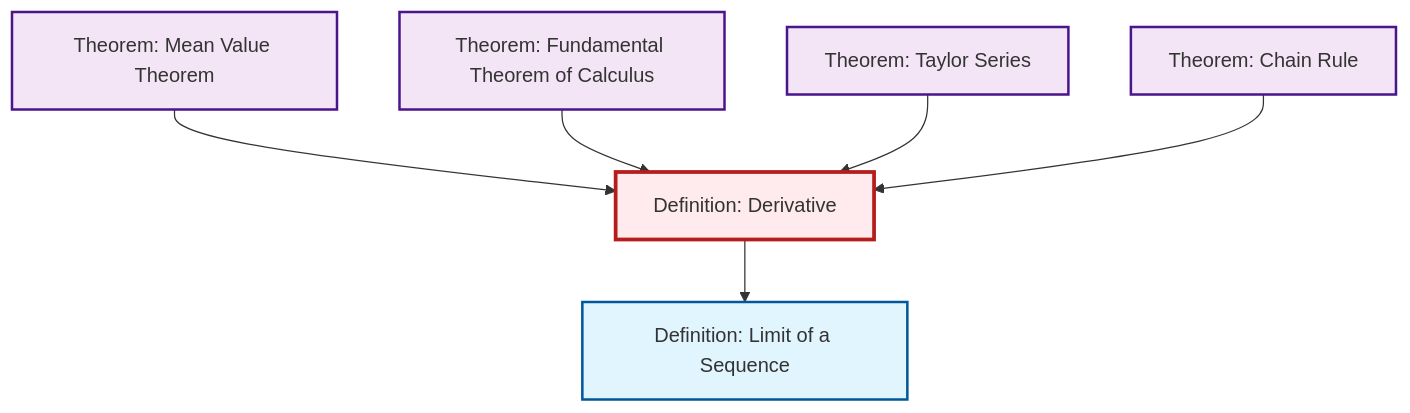
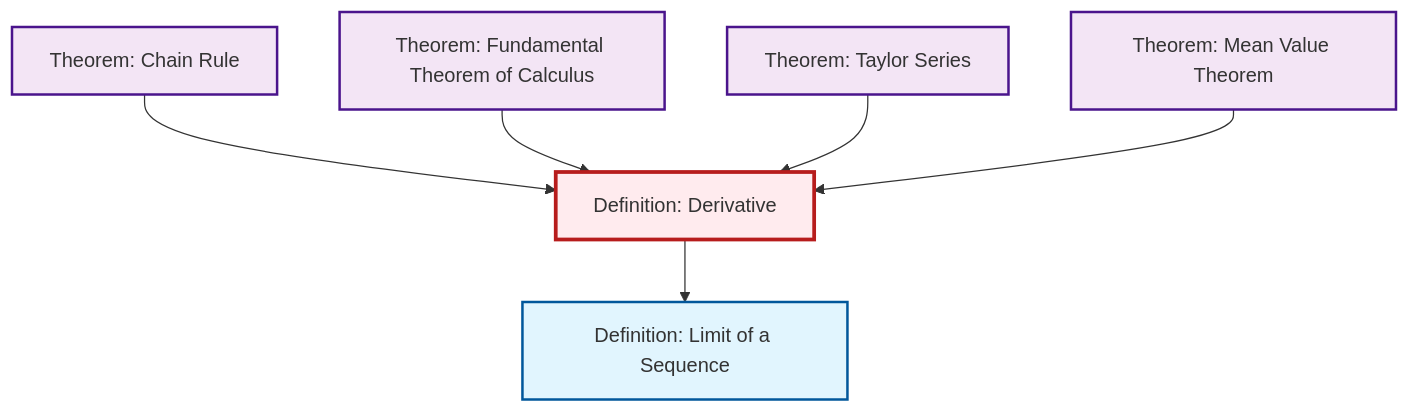
The second of 2 diagrams in content/en/analysis/def-derivative.qmd (RK0429/ModernMath), drawn with Mermaid before and after one commit. The commit also changed other lines of this file and 654 other files, not shown here.

````diff
--- a/content/en/analysis/def-derivative.qmd
+++ b/content/en/analysis/def-derivative.qmd
@@ -88,26 +88,26 @@
 ```{mermaid}
 %%| fig-cap: "Local dependency graph"
 graph TD
     classDef definition fill:#e1f5fe,stroke:#01579b,stroke-width:2px
     classDef theorem fill:#f3e5f5,stroke:#4a148c,stroke-width:2px
     classDef axiom fill:#fff3e0,stroke:#e65100,stroke-width:2px
     classDef example fill:#e8f5e9,stroke:#1b5e20,stroke-width:2px
     classDef current fill:#ffebee,stroke:#b71c1c,stroke-width:3px
-    thm-chain-rule["Theorem: Chain Rule"]:::theorem
     def-derivative["Definition: Derivative"]:::definition
-    thm-mean-value["Theorem: Mean Value Theorem"]:::theorem
-    def-limit["Definition: Limit of a Sequence"]:::definition
     thm-taylor-series["Theorem: Taylor Series"]:::theorem
     thm-fundamental-calculus["Theorem: Fundamental Theorem of Calculus"]:::theorem
-    thm-mean-value --> def-derivative
+    def-limit["Definition: Limit of a Sequence"]:::definition
+    thm-mean-value["Theorem: Mean Value Theorem"]:::theorem
+    thm-chain-rule["Theorem: Chain Rule"]:::theorem
+    thm-chain-rule --> def-derivative
     thm-fundamental-calculus --> def-derivative
     thm-taylor-series --> def-derivative
     def-derivative --> def-limit
-    thm-chain-rule --> def-derivative
+    thm-mean-value --> def-derivative
     class def-derivative current
-    click thm-chain-rule "thm-chain-rule.html" "Go to Chain Rule theorem"
-    click thm-mean-value "thm-mean-value.html" "Go to Mean Value Theorem theorem"
-    click def-limit "def-limit.html" "Go to Limit of a Sequence definition"
     click thm-taylor-series "thm-taylor-series.html" "Go to Taylor Series theorem"
     click thm-fundamental-calculus "thm-fundamental-calculus.html" "Go to Fundamental Theorem of Calculus theorem"
+    click def-limit "def-limit.html" "Go to Limit of a Sequence definition"
+    click thm-mean-value "thm-mean-value.html" "Go to Mean Value Theorem theorem"
+    click thm-chain-rule "thm-chain-rule.html" "Go to Chain Rule theorem"
 ```
````
